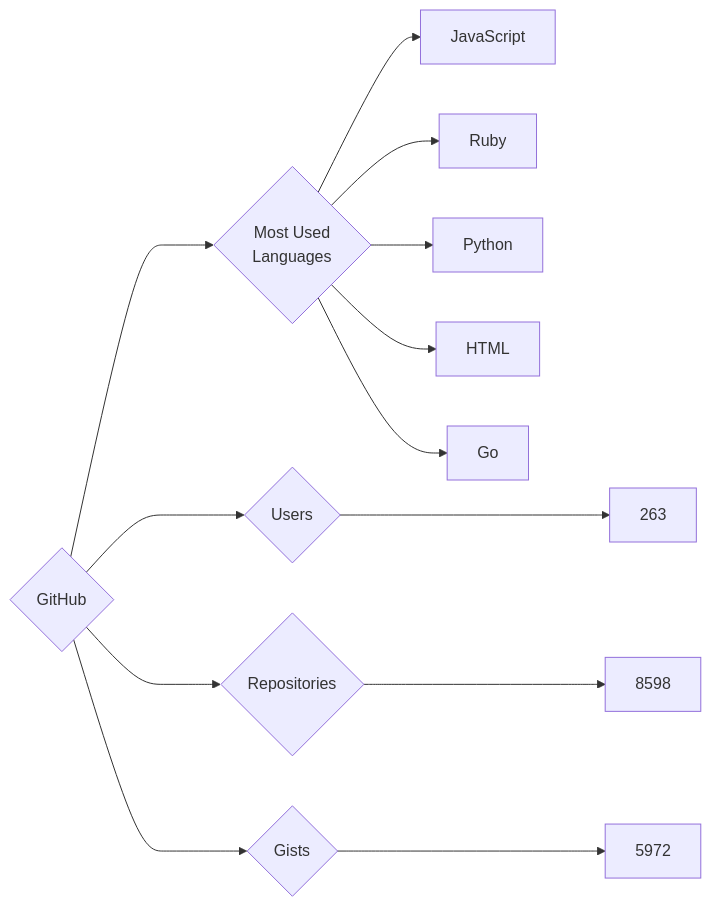
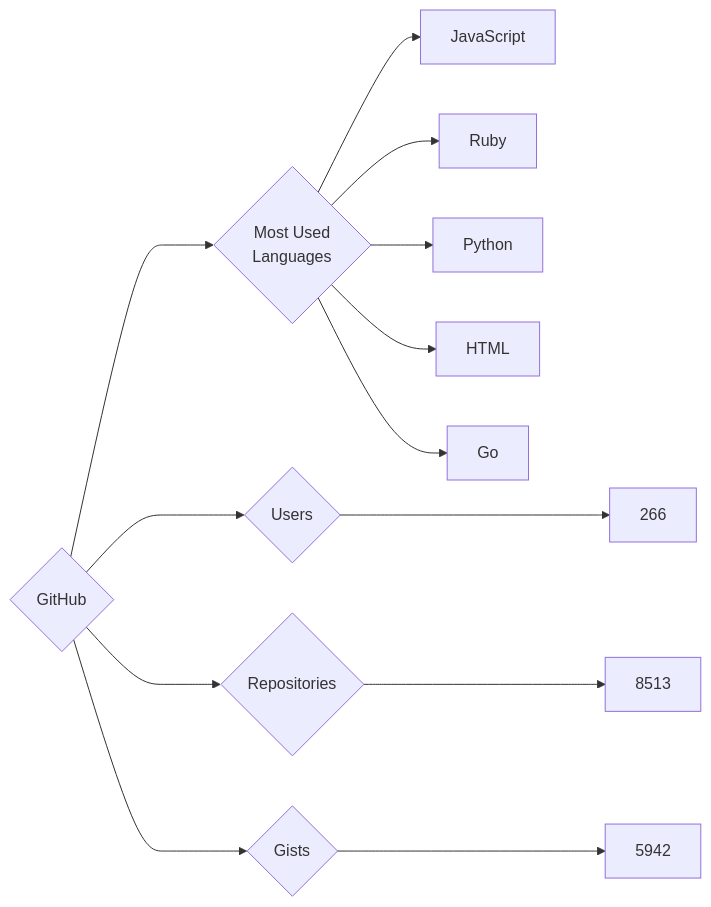
One commit to trickest/insiders changed the diagram in targets/GitHub/README.md. Above: the diagram before and after it, drawn with Mermaid. The commit also changed 847 other files, not shown here.

````diff
--- a/targets/GitHub/README.md
+++ b/targets/GitHub/README.md
@@ -3,13 +3,13 @@
 ```mermaid
 graph LR
 COMPANY_NAME{GitHub}
-COMPANY_NAME ---> U{Users} ---> UN[263]
-COMPANY_NAME ---> R{Repositories} ---> RN[8598]
-COMPANY_NAME ---> G{Gists} ---> GN[5972]
+COMPANY_NAME ---> U{Users} ---> UN[266]
+COMPANY_NAME ---> R{Repositories} ---> RN[8513]
+COMPANY_NAME ---> G{Gists} ---> GN[5942]
 COMPANY_NAME ---> ML{Most Used<br>Languages}
 ML --> JavaScript[JavaScript]
 ML --> Ruby[Ruby]
 ML --> Python[Python]
 ML --> HTML[HTML]
 ML --> Go[Go]
 ```
````
